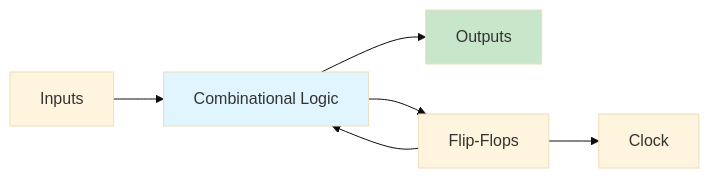
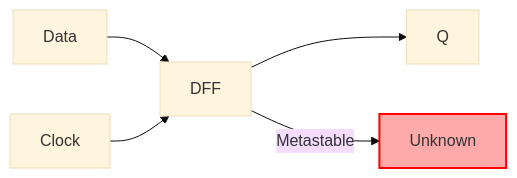
The ninth of 9 diagrams in docs/courses/digital-logic/06-sequential-circuits.md (Raushan666java/ai-engineering-journey), drawn with Mermaid (base theme) before and after one commit. The commit also changed other lines of this file and 56 other files, not shown here.

````diff
--- a/docs/courses/digital-logic/06-sequential-circuits.md
+++ b/docs/courses/digital-logic/06-sequential-circuits.md
@@ -29,10 +698,8 @@
 ```mermaid
-flowchart LR
-    A[Inputs] --> B[Combinational Logic]
-    B --> C[Outputs]
-    B --> D[Flip-Flops]
-    D --> B
-    D --> E[Clock]
-    style B fill:#e1f5fe
-    style C fill:#c8e6c9
+graph LR
+    D[Data] --> FF[DFF]
+    CLK[Clock] --> FF
+    FF --> Q[Q]
+    FF --> |Metastable| M[Unknown]
+    style M fill:#faa,stroke:#f00,stroke-width:2px
 ```
````
